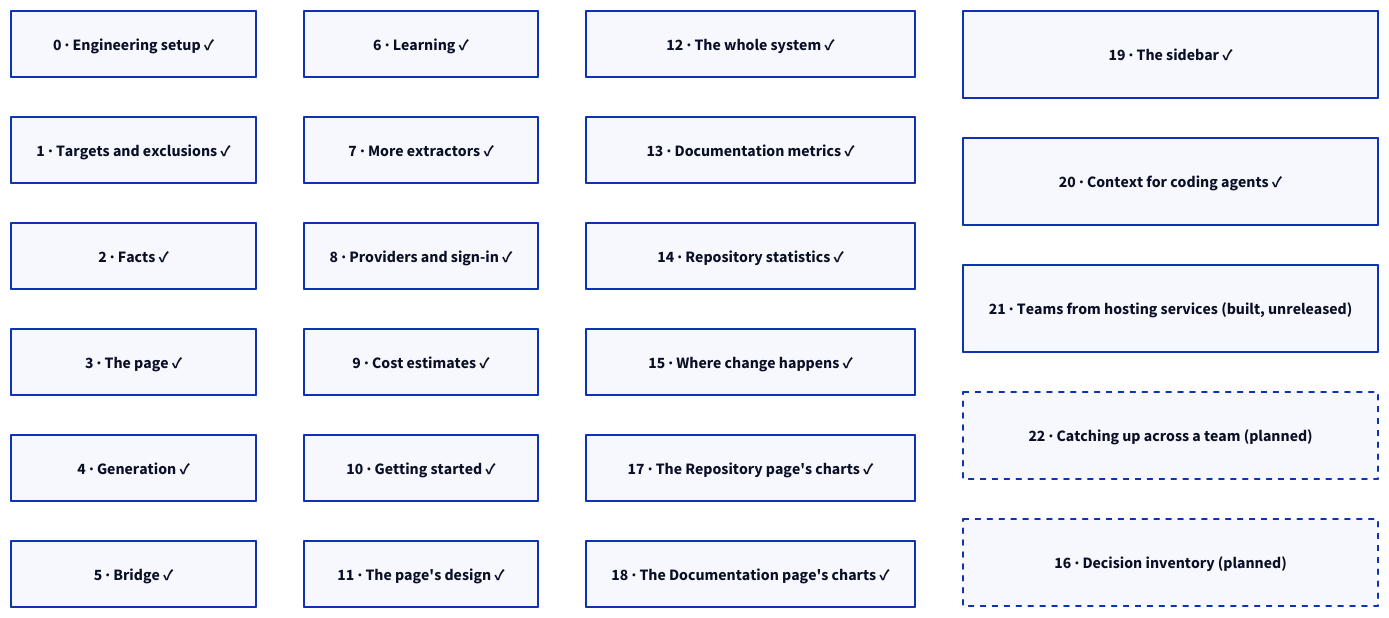
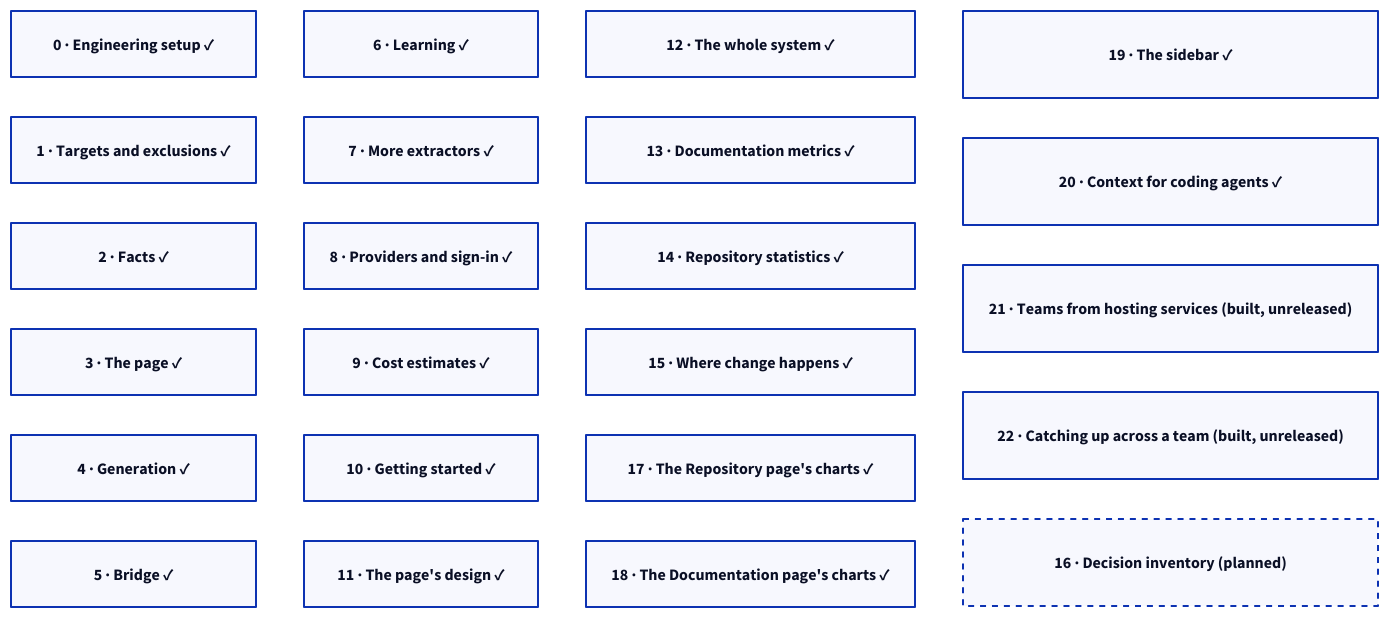
One commit to mohamed-abdelsattar92/codetrail changed the diagram in docs/diagrams/phases.d2. Above: the diagram before and after it, drawn with D2. The commit also changed 6 other files, not shown here.

```diff
--- a/docs/diagrams/phases.d2
+++ b/docs/diagrams/phases.d2
@@ -1,28 +1,28 @@
 # The design's phases and what is built, in reading order (README, "Status"). Render with `just diagrams`.
 grid-columns: 4
 horizontal-gap: 48
 vertical-gap: 40
 
 p0: "0 · Engineering setup ✓"
 p1: "1 · Targets and exclusions ✓"
 p2: "2 · Facts ✓"
 p3: "3 · The page ✓"
 p4: "4 · Generation ✓"
 p5: "5 · Bridge ✓"
 p6: "6 · Learning ✓"
 p7: "7 · More extractors ✓"
 p8: "8 · Providers and sign-in ✓"
 p9: "9 · Cost estimates ✓"
 p10: "10 · Getting started ✓"
 p11: "11 · The page's design ✓"
 p12: "12 · The whole system ✓"
 p13: "13 · Documentation metrics ✓"
 p14: "14 · Repository statistics ✓"
 p15: "15 · Where change happens ✓"
 p17: "17 · The Repository page's charts ✓"
 p18: "18 · The Documentation page's charts ✓"
 p19: "19 · The sidebar ✓"
 p20: "20 · Context for coding agents ✓"
 p21: "21 · Teams from hosting services (built, unreleased)"
-p22: "22 · Catching up across a team (planned)" {style.stroke-dash: 3}
+p22: "22 · Catching up across a team (built, unreleased)"
 p16: "16 · Decision inventory (planned)" {style.stroke-dash: 3}
```
